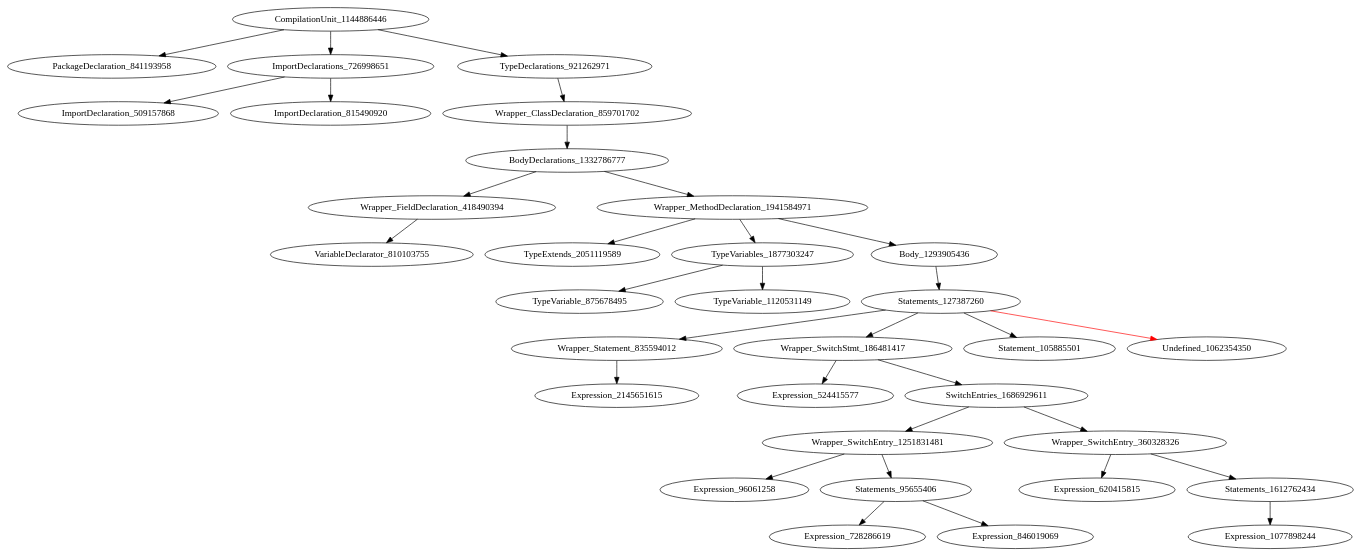
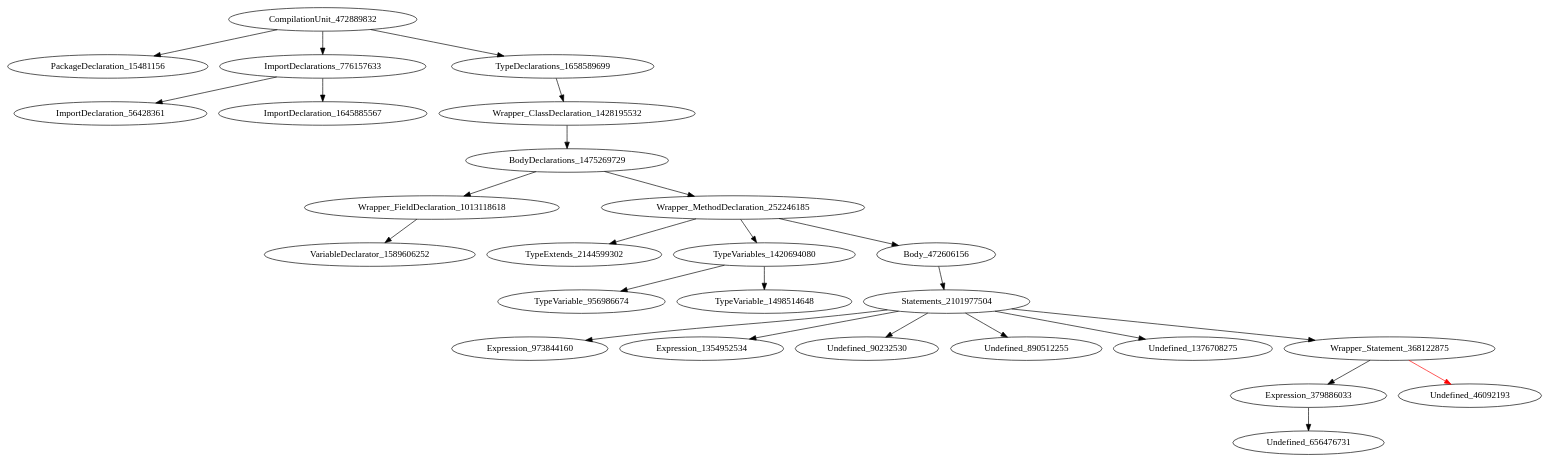
One commit to icse2023material/VoiceJava changed the diagram in holeAST.dot. Above: the diagram before and after it, drawn with Graphviz. The commit also changed 7 other files, not shown here.

```diff
--- a/holeAST.dot
+++ b/holeAST.dot
@@ -1,34 +1,27 @@
 digraph {
-CompilationUnit_1144886446 -> PackageDeclaration_841193958
-CompilationUnit_1144886446 -> ImportDeclarations_726998651
-CompilationUnit_1144886446 -> TypeDeclarations_921262971
-ImportDeclarations_726998651 -> ImportDeclaration_509157868
-ImportDeclarations_726998651 -> ImportDeclaration_815490920
-TypeDeclarations_921262971 -> Wrapper_ClassDeclaration_859701702
-Wrapper_ClassDeclaration_859701702 -> BodyDeclarations_1332786777
-BodyDeclarations_1332786777 -> Wrapper_FieldDeclaration_418490394
-BodyDeclarations_1332786777 -> Wrapper_MethodDeclaration_1941584971
-Wrapper_FieldDeclaration_418490394 -> VariableDeclarator_810103755
-Wrapper_MethodDeclaration_1941584971 -> TypeExtends_2051119589
-Wrapper_MethodDeclaration_1941584971 -> TypeVariables_1877303247
-Wrapper_MethodDeclaration_1941584971 -> Body_1293905436
-TypeVariables_1877303247 -> TypeVariable_875678495
-TypeVariables_1877303247 -> TypeVariable_1120531149
-Body_1293905436 -> Statements_127387260
-Statements_127387260 -> Wrapper_Statement_835594012
-Statements_127387260 -> Wrapper_SwitchStmt_186481417
-Statements_127387260 -> Statement_105885501
-Statements_127387260 -> Undefined_1062354350 [color = red] 
-Wrapper_Statement_835594012 -> Expression_2145651615
-Wrapper_SwitchStmt_186481417 -> Expression_524415577
-Wrapper_SwitchStmt_186481417 -> SwitchEntries_1686929611
-SwitchEntries_1686929611 -> Wrapper_SwitchEntry_1251831481
-SwitchEntries_1686929611 -> Wrapper_SwitchEntry_360328326
-Wrapper_SwitchEntry_1251831481 -> Expression_96061258
-Wrapper_SwitchEntry_1251831481 -> Statements_95655406
-Wrapper_SwitchEntry_360328326 -> Expression_620415815
-Wrapper_SwitchEntry_360328326 -> Statements_1612762434
-Statements_95655406 -> Expression_728286619
-Statements_95655406 -> Expression_846019069
-Statements_1612762434 -> Expression_1077898244
+CompilationUnit_472889832 -> PackageDeclaration_15481156
+CompilationUnit_472889832 -> ImportDeclarations_776157633
+CompilationUnit_472889832 -> TypeDeclarations_1658589699
+ImportDeclarations_776157633 -> ImportDeclaration_56428361
+ImportDeclarations_776157633 -> ImportDeclaration_1645885567
+TypeDeclarations_1658589699 -> Wrapper_ClassDeclaration_1428195532
+Wrapper_ClassDeclaration_1428195532 -> BodyDeclarations_1475269729
+BodyDeclarations_1475269729 -> Wrapper_FieldDeclaration_1013118618
+BodyDeclarations_1475269729 -> Wrapper_MethodDeclaration_252246185
+Wrapper_FieldDeclaration_1013118618 -> VariableDeclarator_1589606252
+Wrapper_MethodDeclaration_252246185 -> TypeExtends_2144599302
+Wrapper_MethodDeclaration_252246185 -> TypeVariables_1420694080
+Wrapper_MethodDeclaration_252246185 -> Body_472606156
+TypeVariables_1420694080 -> TypeVariable_956986674
+TypeVariables_1420694080 -> TypeVariable_1498514648
+Body_472606156 -> Statements_2101977504
+Statements_2101977504 -> Expression_973844160
+Statements_2101977504 -> Expression_1354952534
+Statements_2101977504 -> Undefined_90232530
+Statements_2101977504 -> Undefined_890512255
+Statements_2101977504 -> Undefined_1376708275
+Statements_2101977504 -> Wrapper_Statement_368122875
+Wrapper_Statement_368122875 -> Expression_379886033
+Wrapper_Statement_368122875 -> Undefined_46092193 [color = red] 
+Expression_379886033 -> Undefined_656476731
 }
```
